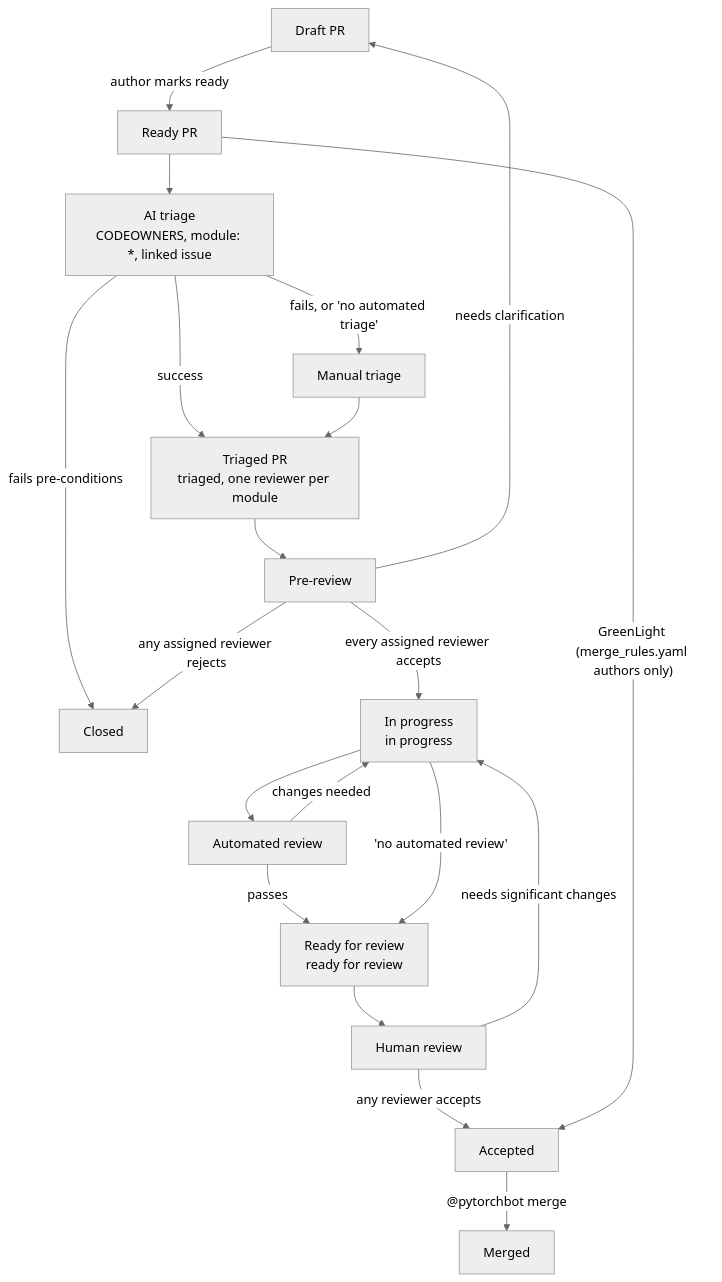
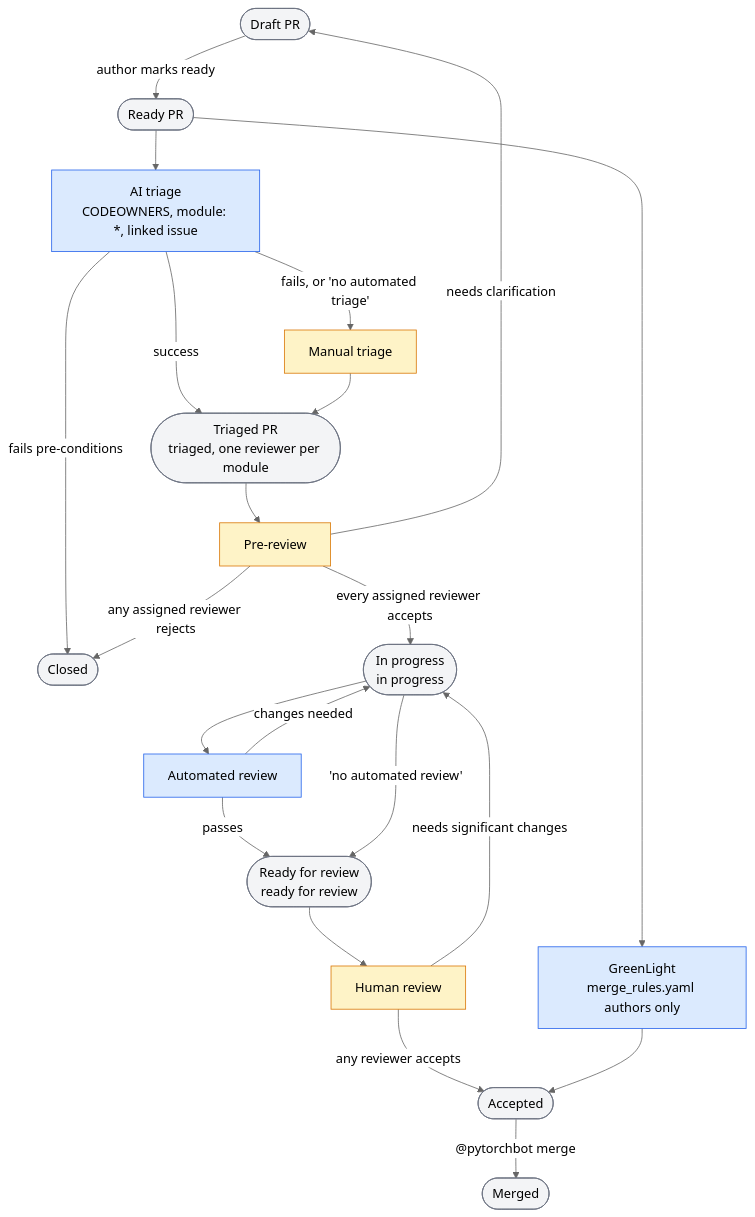
One commit to pytorch/pytorch changed the second of 2 diagrams in CONTRIBUTING.md. Above: the diagram before and after it, drawn with Mermaid (neutral theme). The commit also changed other lines of this file and 9 other files, not shown here.

````diff
--- a/CONTRIBUTING.md
+++ b/CONTRIBUTING.md
@@ -136,20 +145,26 @@
 ```mermaid
 flowchart TD
-    draft[Draft PR] -- author marks ready --> ready[Ready PR]
+    draft([Draft PR]) -- author marks ready --> ready([Ready PR])
     ready --> ai["AI triage<br/>CODEOWNERS, module: *, linked issue"]
-    ai -- fails pre-conditions --> closed[Closed]
-    ai -- success --> triaged["Triaged PR<br/>triaged, one reviewer per module"]
+    ai -- fails pre-conditions --> closed([Closed])
+    ai -- success --> triaged(["Triaged PR<br/>triaged, one reviewer per module"])
     ai -- "fails, or 'no automated triage'" --> htriage[Manual triage] --> triaged
     triaged --> pre[Pre-review]
     pre -- any assigned reviewer rejects --> closed
     pre -- needs clarification --> draft
-    pre -- every assigned reviewer accepts --> dev["In progress<br/>in progress"]
-    dev --> auto[Automated review] -- passes --> rfr["Ready for review<br/>ready for review"]
+    pre -- every assigned reviewer accepts --> dev(["In progress<br/>in progress"])
+    dev --> auto[Automated review] -- passes --> rfr(["Ready for review<br/>ready for review"])
     auto -- changes needed --> dev
     dev -- "'no automated review'" --> rfr
     rfr --> review[Human review]
     review -- needs significant changes --> dev
-    review -- any reviewer accepts --> accepted[Accepted]
-    ready -- "GreenLight (merge_rules.yaml authors only)" --> accepted
-    accepted -- "@pytorchbot merge" --> merged[Merged]
+    review -- any reviewer accepts --> accepted([Accepted])
+    ready --> gl["GreenLight<br/>merge_rules.yaml authors only"] --> accepted
+    accepted -- "@pytorchbot merge" --> merged([Merged])
+    classDef state fill:#f3f4f6,stroke:#6b7280,color:#000
+    classDef aiproc fill:#dbeafe,stroke:#2563eb,color:#000
+    classDef humanproc fill:#fef3c7,stroke:#d97706,color:#000
+    class draft,ready,closed,triaged,dev,rfr,accepted,merged state
+    class ai,auto,gl aiproc
+    class htriage,pre,review humanproc
 ```
````
